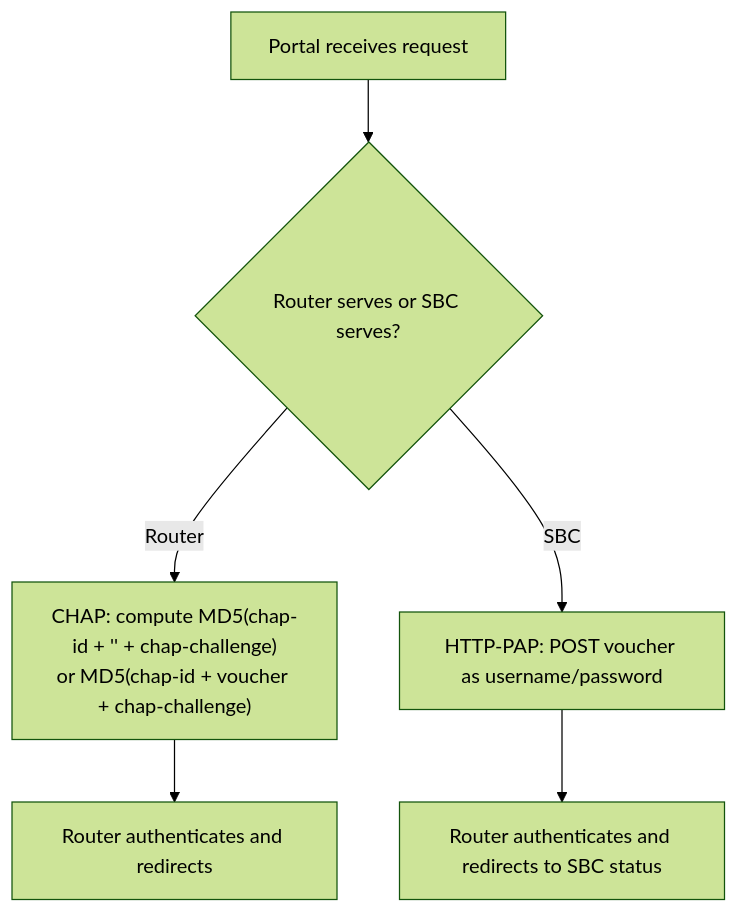
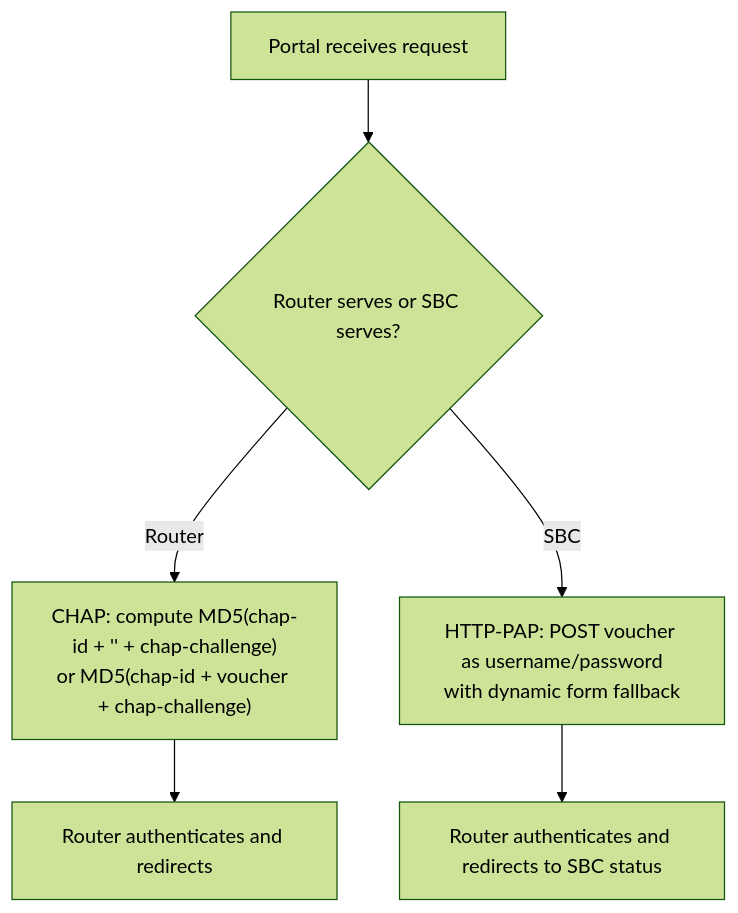
Before and after one commit to Djnirds1984/MT-CONTROLLER-PISOWIFI: the sixth of 13 diagrams in .qoder/repowiki/en/content/Captive Portal Interface/Login Interface & Voucher Entry.md, drawn with Mermaid (forest theme). The commit also changed other lines of this file and 8 other files, not shown here.

First line of the commit message:
feat(hotspot): enhance external mode with dynamic form fallback for voucher login

````diff
--- a/.qoder/repowiki/en/content/Captive Portal Interface/Login Interface & Voucher Entry.md
+++ b/.qoder/repowiki/en/content/Captive Portal Interface/Login Interface & Voucher Entry.md
@@ -190,8 +254,8 @@
 ```mermaid
 flowchart TD
 A["Portal receives request"] --> B{"Router serves or SBC serves?"}
 B --> |Router| C["CHAP: compute MD5(chap-id + '' + chap-challenge)<br/>or MD5(chap-id + voucher + chap-challenge)"]
-B --> |SBC| D["HTTP-PAP: POST voucher as username/password"]
+B --> |SBC| D["HTTP-PAP: POST voucher as username/password<br/>with dynamic form fallback"]
 C --> E["Router authenticates and redirects"]
 D --> F["Router authenticates and redirects to SBC status"]
 ```
````
